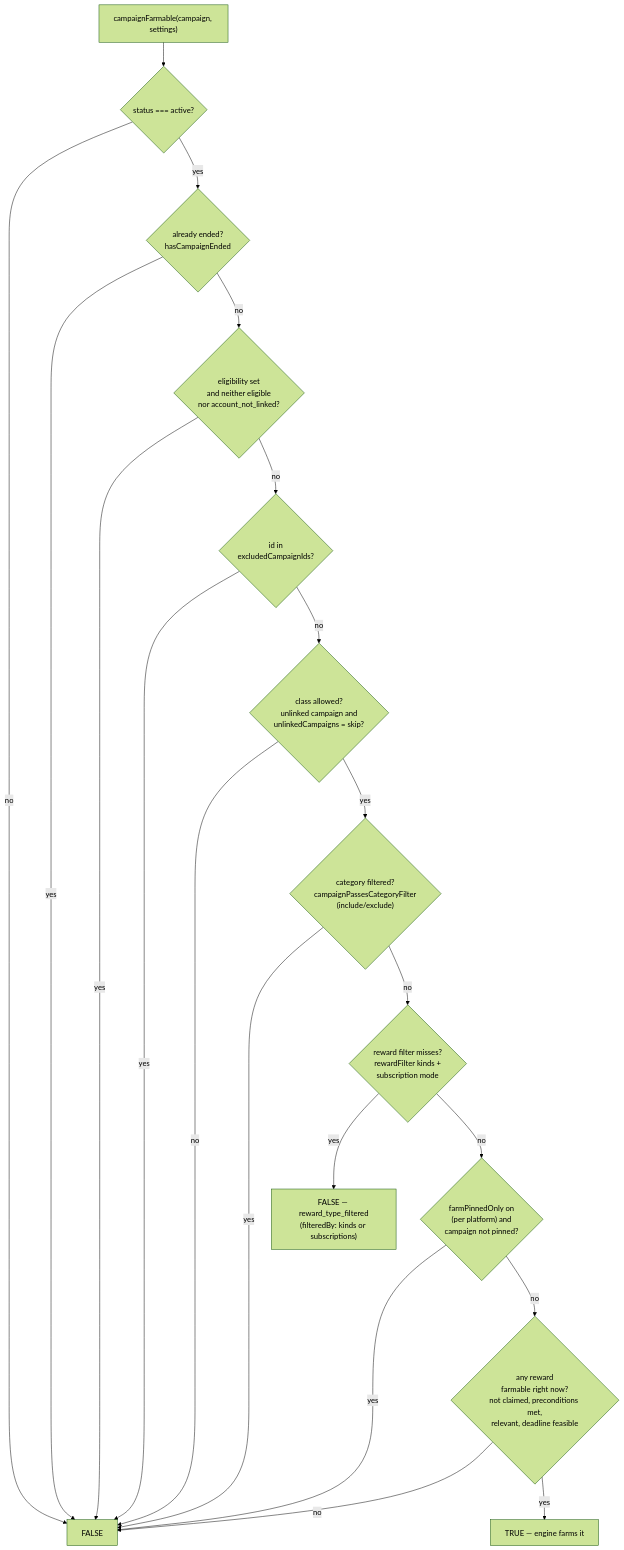
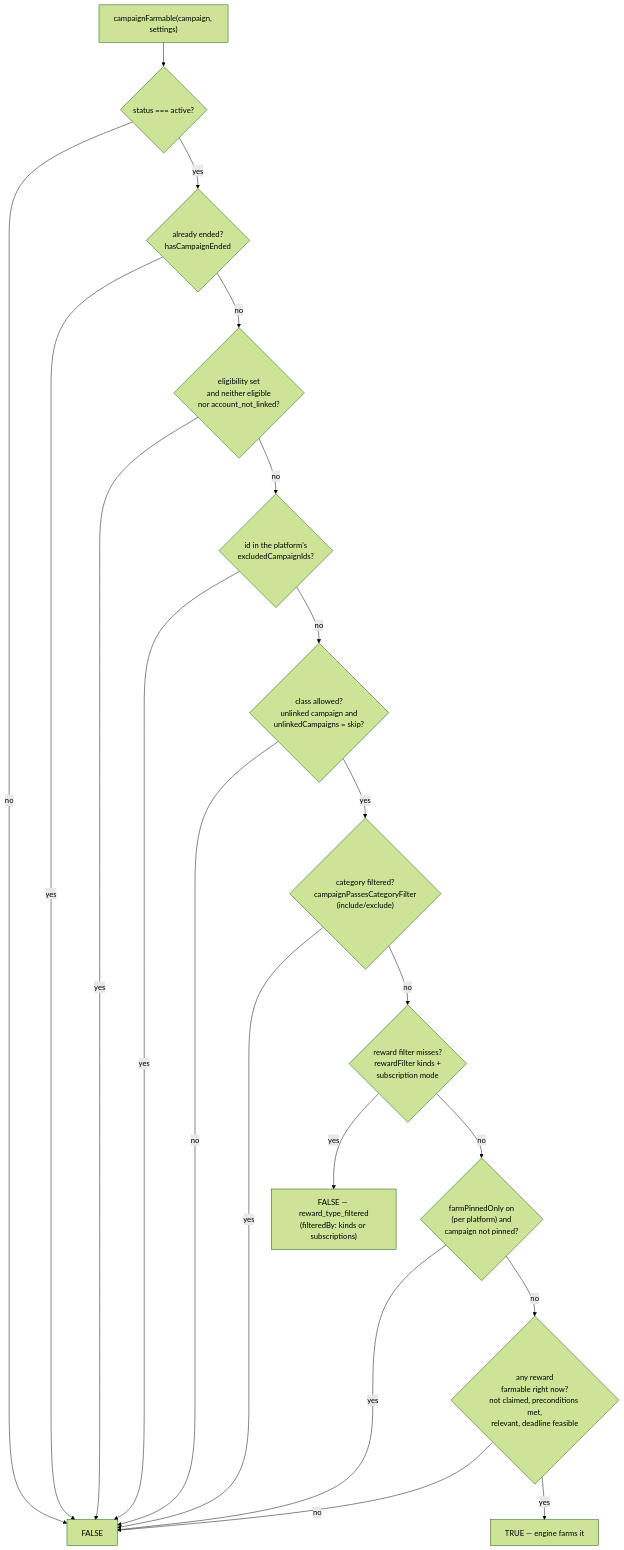
One commit to jamezrin/lurkloot changed the first of 2 diagrams in docs/campaign-farmability-visibility.md. Above: the diagram before and after it, drawn with Mermaid (forest theme). The commit also changed 38 other files, not shown here.

First line of the commit message:
refactor(settings): store campaign pins and exclusions per platform (#931)

````diff
--- a/docs/campaign-farmability-visibility.md
+++ b/docs/campaign-farmability-visibility.md
@@ -19,22 +19,22 @@
 ```mermaid
 flowchart TD
     A["campaignFarmable(campaign, settings)"] --> B{"status === active?"}
     B -- no --> N1["FALSE"]
     B -- yes --> C{"already ended?<br/>hasCampaignEnded"}
     C -- yes --> N1
     C -- no --> D{"eligibility set<br/>and neither eligible<br/>nor account_not_linked?"}
     D -- yes --> N1
-    D -- no --> E{"id in<br/>excludedCampaignIds?"}
+    D -- no --> E{"id in the platform's<br/>excludedCampaignIds?"}
     E -- yes --> N1
     E -- no --> F{"class allowed?<br/>unlinked campaign and<br/>unlinkedCampaigns = skip?"}
     F -- no --> N1
     F -- yes --> G{"category filtered?<br/>campaignPassesCategoryFilter<br/>(include/exclude)"}
     G -- yes --> N1
     G -- no --> R{"reward filter misses?<br/>rewardFilter kinds +<br/>subscription mode"}
     R -- yes --> N2["FALSE — reward_type_filtered<br/>(filteredBy: kinds or subscriptions)"]
     R -- no --> P{"farmPinnedOnly on<br/>(per platform) and<br/>campaign not pinned?"}
     P -- yes --> N1
     P -- no --> I{"any reward<br/>farmable right now?<br/>not claimed, preconditions met,<br/>relevant, deadline feasible"}
     I -- no --> N1
     I -- yes --> Y1["TRUE — engine farms it"]
 ```
````
